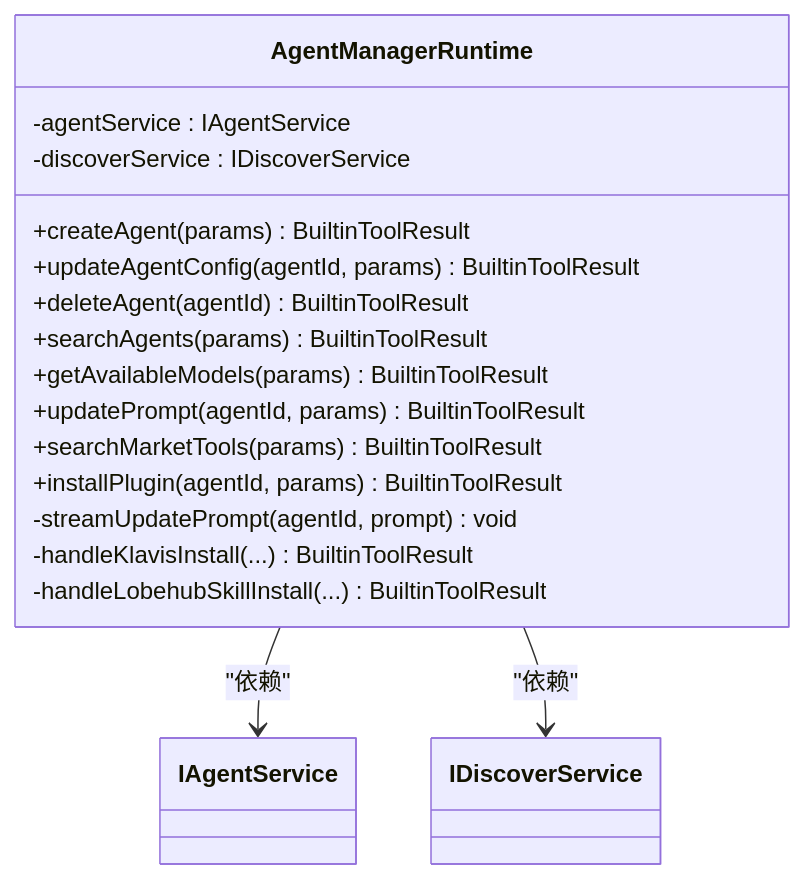
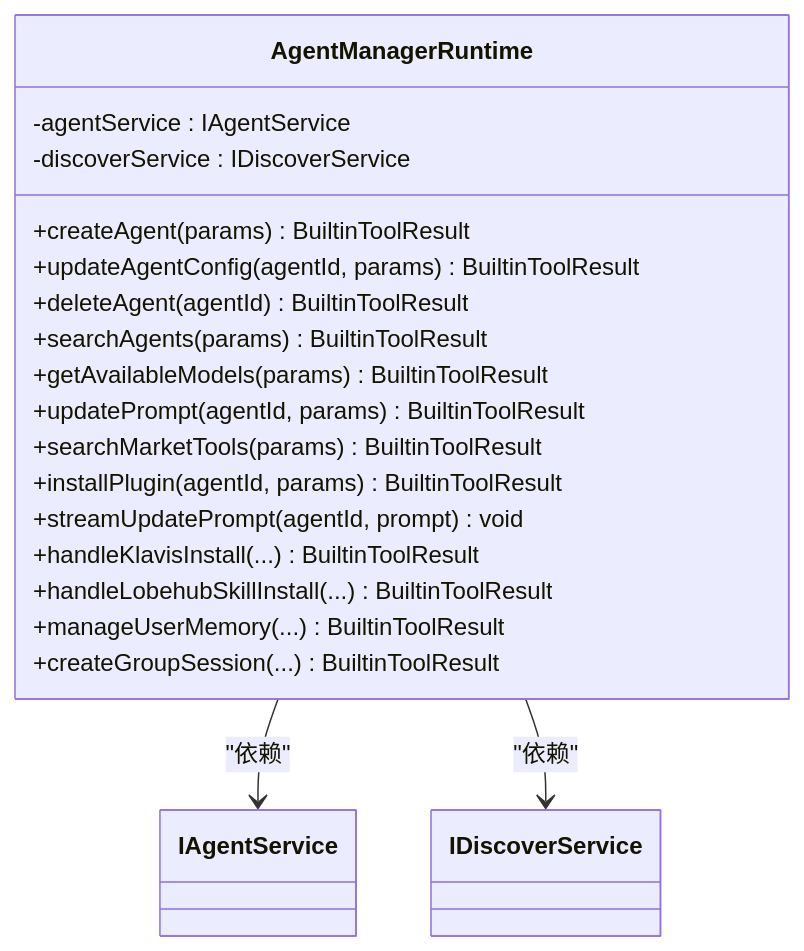
The third of 8 diagrams in .qoder/repowiki/zh/content/核心功能模块/核心功能模块.md (AvatoLabs/avato), drawn with Mermaid before and after one commit. The commit also changed other lines of this file and 23 other files, not shown here.

````diff
--- a/.qoder/repowiki/zh/content/核心功能模块/核心功能模块.md
+++ b/.qoder/repowiki/zh/content/核心功能模块/核心功能模块.md
@@ -159,22 +218,24 @@
 ```mermaid
 classDiagram
 class AgentManagerRuntime {
 -agentService : IAgentService
 -discoverService : IDiscoverService
 +createAgent(params) BuiltinToolResult
 +updateAgentConfig(agentId, params) BuiltinToolResult
 +deleteAgent(agentId) BuiltinToolResult
 +searchAgents(params) BuiltinToolResult
 +getAvailableModels(params) BuiltinToolResult
 +updatePrompt(agentId, params) BuiltinToolResult
 +searchMarketTools(params) BuiltinToolResult
 +installPlugin(agentId, params) BuiltinToolResult
--streamUpdatePrompt(agentId, prompt) void
--handleKlavisInstall(...) BuiltinToolResult
--handleLobehubSkillInstall(...) BuiltinToolResult
++streamUpdatePrompt(agentId, prompt) void
++handleKlavisInstall(...) BuiltinToolResult
++handleLobehubSkillInstall(...) BuiltinToolResult
++manageUserMemory(...) BuiltinToolResult
++createGroupSession(...) BuiltinToolResult
 }
 class IAgentService
 class IDiscoverService
 AgentManagerRuntime --> IAgentService : "依赖"
 AgentManagerRuntime --> IDiscoverService : "依赖"
 ```
````
